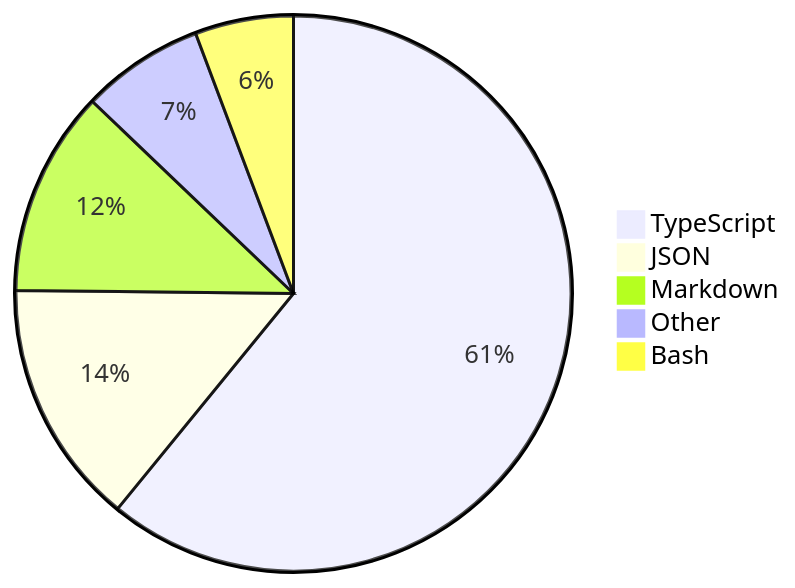
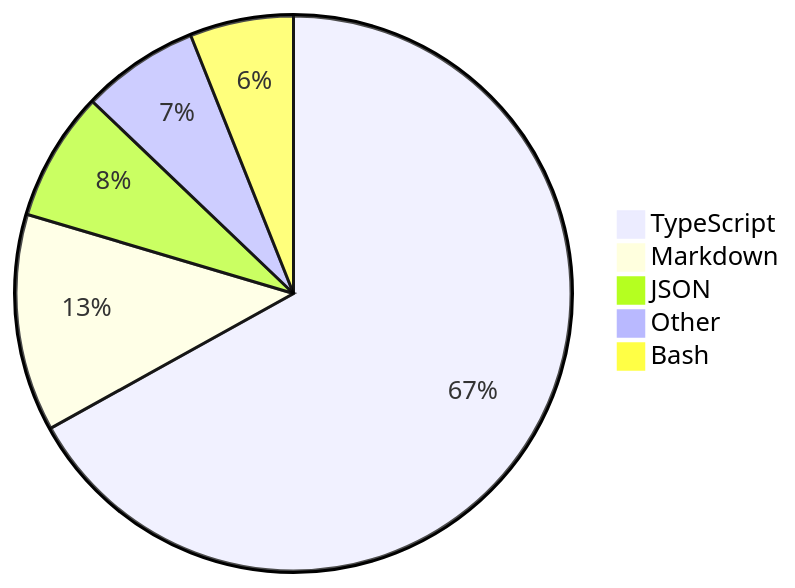
Before and after one commit to skvggor/skvggor: the diagram in README.md, drawn with Mermaid.

Commit message:
Updated waka-readme graph with new metrics

````diff
--- a/README.md
+++ b/README.md
@@ -28,8 +28,8 @@
 ```mermaid
 pie
-    "TypeScript" : 60.6
-    "JSON" : 14.2
-    "Markdown" : 11.9
-    "Other" : 7.1
-    "Bash" : 5.7
+    "TypeScript" : 66.6
+    "Markdown" : 12.6
+    "JSON" : 7.5
+    "Other" : 6.8
+    "Bash" : 6.0
 ```
````
